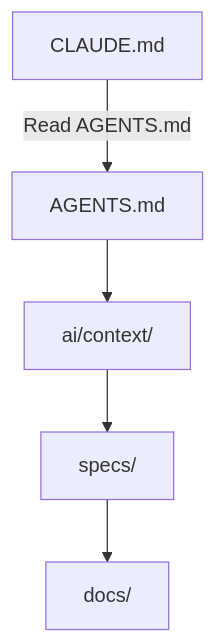
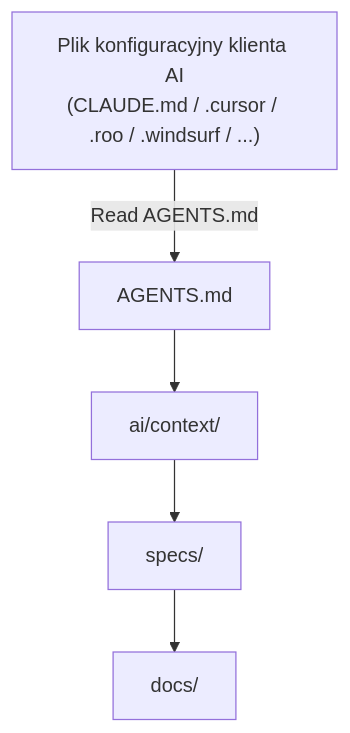
One commit to pjkober/ai-context-tree changed the diagram in Uniwersalna struktura projektu dla AI-First Development.md. Above: the diagram before and after it, drawn with Mermaid. The commit also changed other lines of this file, not shown here.

````diff
--- a/Uniwersalna struktura projektu dla AI-First Development.md
+++ b/Uniwersalna struktura projektu dla AI-First Development.md
@@ -721,13 +1049,13 @@
 ```mermaid
 flowchart TD
-    CLAUDE[CLAUDE.md]
+    CONFIG["Plik konfiguracyjny klienta AI<br/>(CLAUDE.md / .cursor / .roo / .windsurf / ...)"]
     AGENTS[AGENTS.md]
     CONTEXT[ai/context/]
     SPECS[specs/]
     DOCS[docs/]
 
-    CLAUDE -->|Read AGENTS.md| AGENTS
+    CONFIG -->|Read AGENTS.md| AGENTS
     AGENTS --> CONTEXT
     CONTEXT --> SPECS
     SPECS --> DOCS
 ```
````
